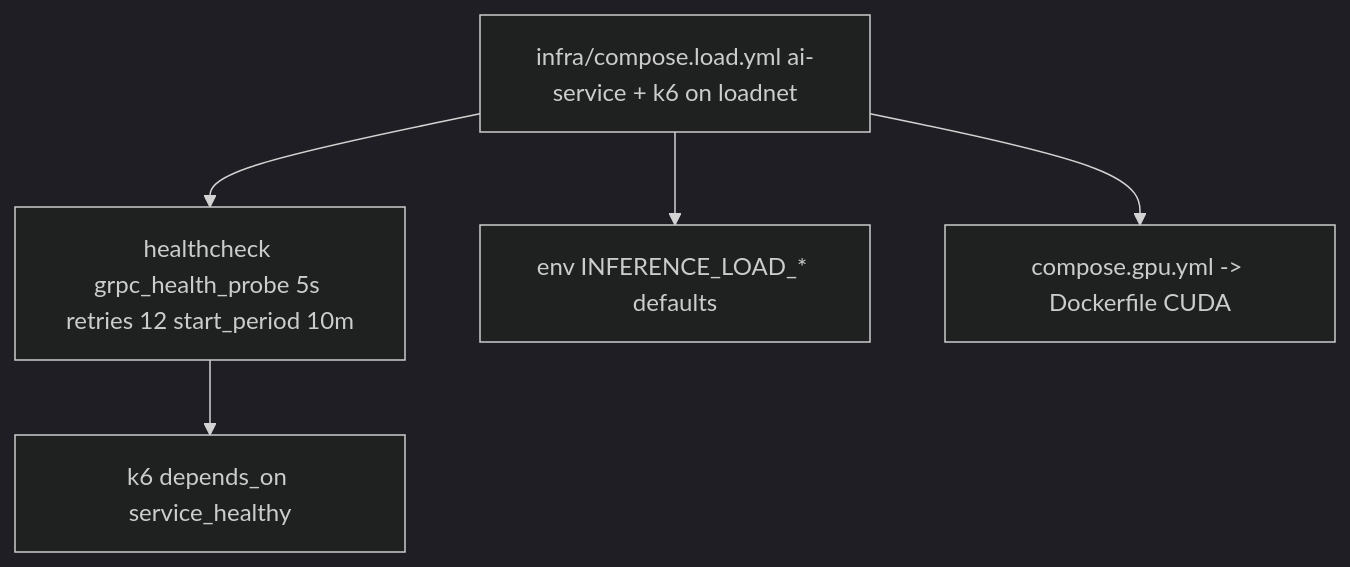
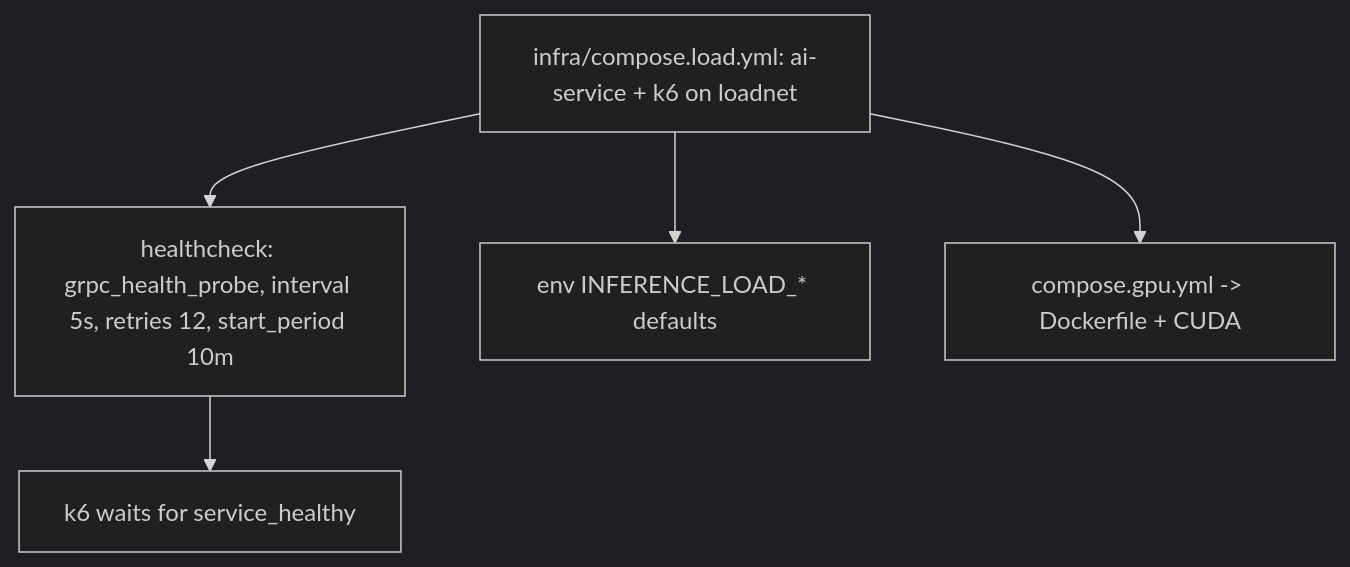
One commit to kunalPisolkar24/detectAI changed the second of 3 diagrams in services/inference/load/README.md. Above: the diagram before and after it, drawn with Mermaid (dark theme). The commit also changed other lines of this file and 14 other files, not shown here.

````diff
--- a/services/inference/load/README.md
+++ b/services/inference/load/README.md
@@ -97,7 +140,7 @@
 ```mermaid
 graph TB
-    Compose[infra/compose.load.yml ai-service + k6 on loadnet] --> Health[healthcheck grpc_health_probe 5s retries 12 start_period 10m]
-    Health --> K6C[k6 depends_on service_healthy]
+    Compose[infra/compose.load.yml: ai-service + k6 on loadnet] --> Health["healthcheck: grpc_health_probe, interval 5s, retries 12, start_period 10m"]
+    Health --> K6C[k6 waits for service_healthy]
     Compose --> Env[env INFERENCE_LOAD_* defaults]
-    Compose --> GPU2[compose.gpu.yml -> Dockerfile CUDA]
+    Compose --> GPU2["compose.gpu.yml -> Dockerfile + CUDA"]
 ```
````
